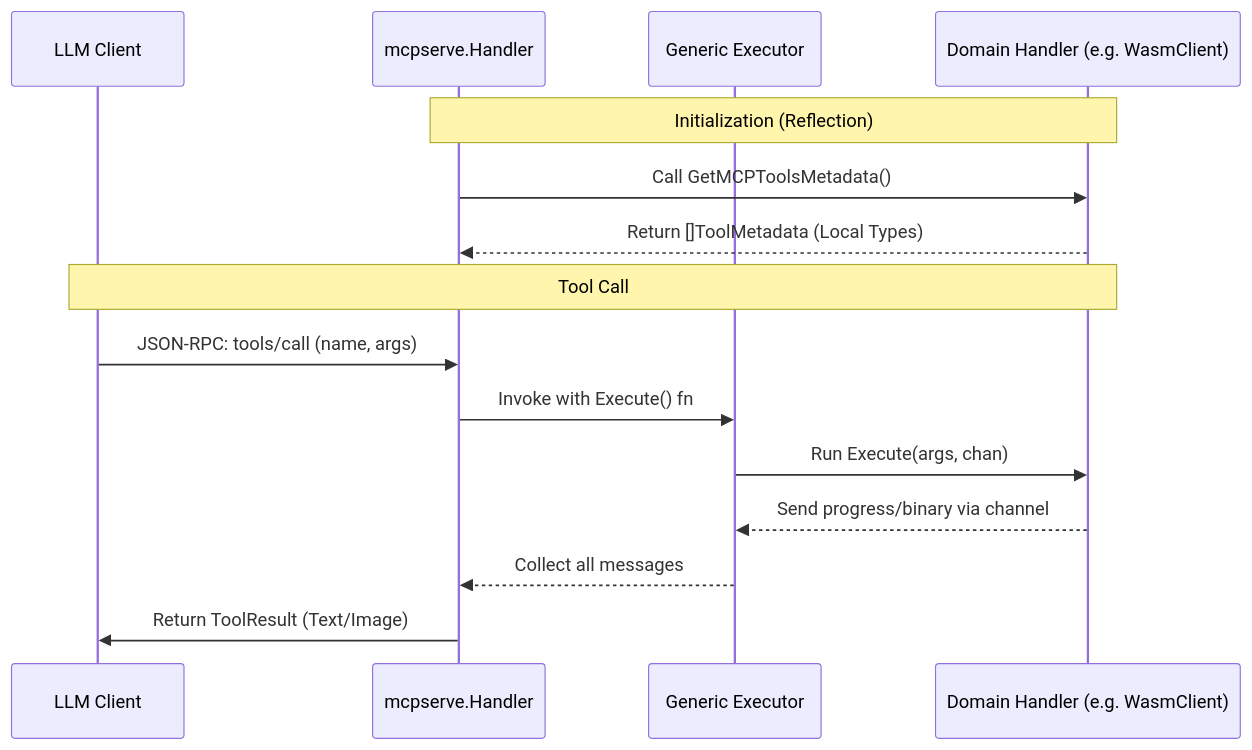
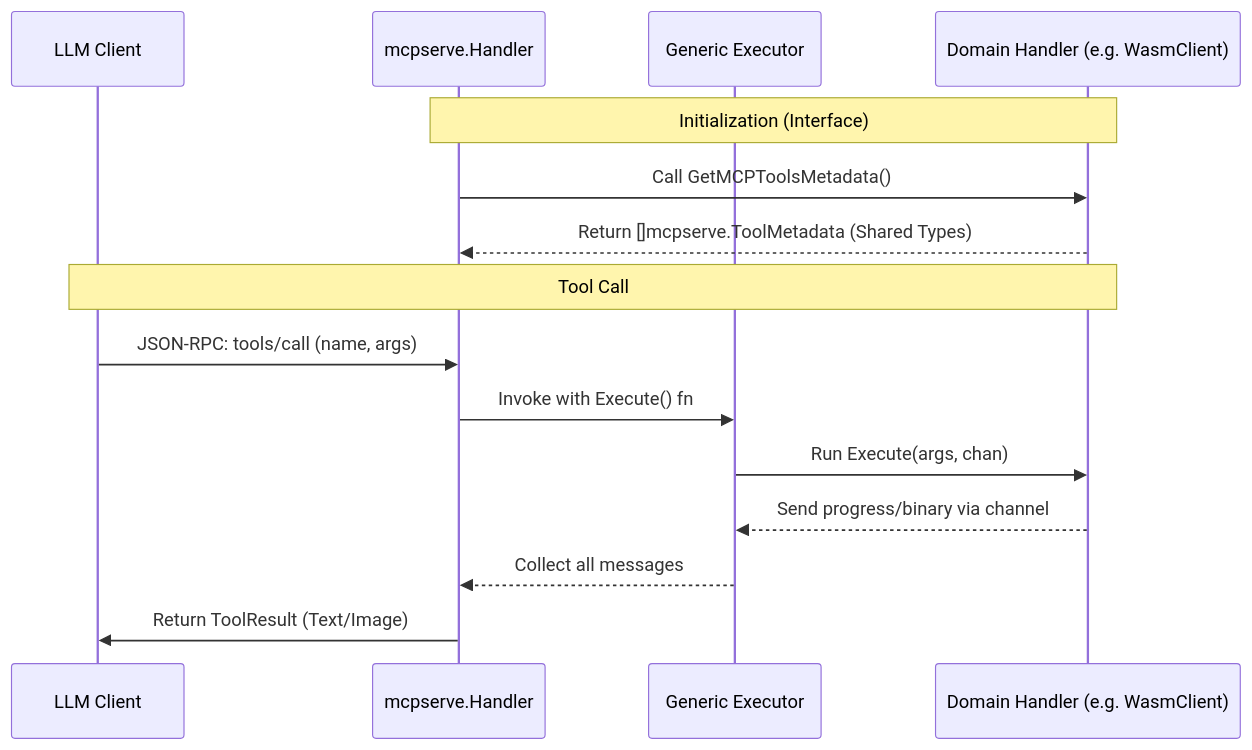
The diagram in docs/MCP_FLOW.mermaid (tinywasm/mcpserve), drawn with Mermaid before and after one commit. The commit also changed 3 other files, not shown here.

````diff
--- a/docs/MCP_FLOW.mermaid
+++ b/docs/MCP_FLOW.mermaid
@@ -3,19 +3,19 @@
 ```mermaid
 sequenceDiagram
     participant LLM as LLM Client
     participant SRV as mcpserve.Handler
     participant EXEC as Generic Executor
     participant DOM as Domain Handler (e.g. WasmClient)
 
-    Note over SRV, DOM: Initialization (Reflection)
+    Note over SRV, DOM: Initialization (Interface)
     SRV->>DOM: Call GetMCPToolsMetadata()
-    DOM-->>SRV: Return []ToolMetadata (Local Types)
+    DOM-->>SRV: Return []mcpserve.ToolMetadata (Shared Types)
 
     Note over LLM, DOM: Tool Call
     LLM->>SRV: JSON-RPC: tools/call (name, args)
     SRV->>EXEC: Invoke with Execute() fn
     EXEC->>DOM: Run Execute(args, chan)
     DOM-->>EXEC: Send progress/binary via channel
     EXEC-->>SRV: Collect all messages
     SRV->>LLM: Return ToolResult (Text/Image)
 ```
````
